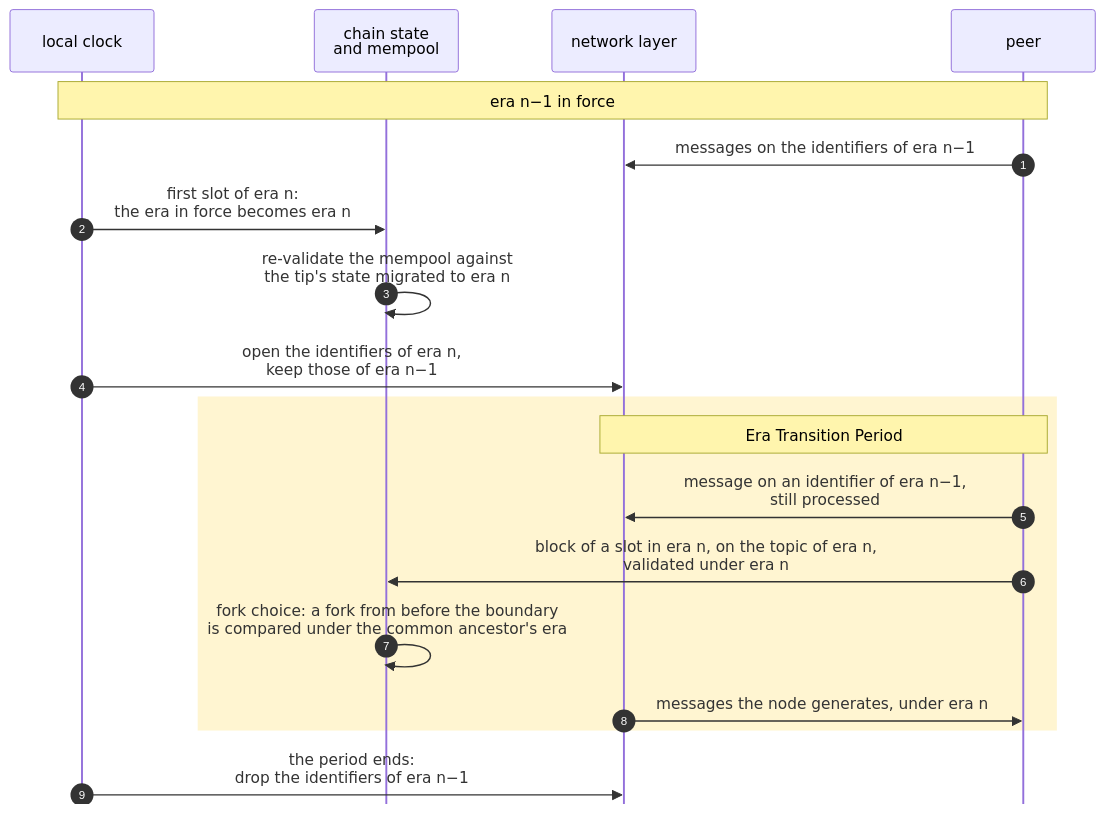
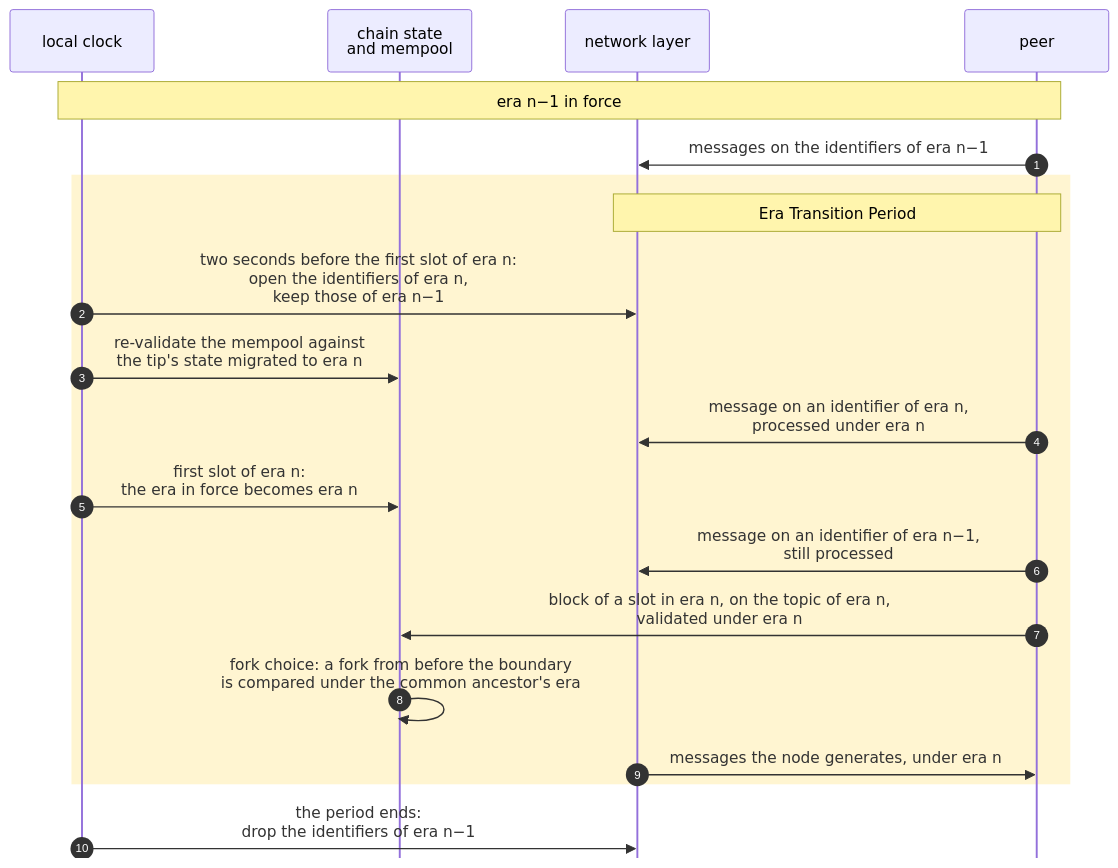
The seventh of 7 diagrams in docs/blockchain/raw/bedrock-eras.md (logos-co/logos-lips), drawn with Mermaid before and after one commit. The commit also changed other lines of this file and 1 other file, not shown here.

Commit message:
docs(blockchain): open the next era and Blend epoch a two-second clock slack before they begin

````diff
--- a/docs/blockchain/raw/bedrock-eras.md
+++ b/docs/blockchain/raw/bedrock-eras.md
@@ -285,26 +289,27 @@
 ```mermaid
 ---
 config:
   sequence:
     mirrorActors: false
 ---
 sequenceDiagram
     autonumber
     participant C as local clock
     participant S as chain state<br/>and mempool
     participant N as network layer
     participant P as peer
     Note over C,P: era n−1 in force
     P->>N: messages on the identifiers of era n−1
-    C->>S: first slot of era n:<br/>the era in force becomes era n
-    S->>S: re-validate the mempool against<br/>the tip's state migrated to era n
-    C->>N: open the identifiers of era n,<br/>keep those of era n−1
     rect rgba(255, 200, 0, 0.18)
         Note over N,P: Era Transition Period
+        C->>N: two seconds before the first slot of era n:<br/>open the identifiers of era n,<br/>keep those of era n−1
+        C->>S: re-validate the mempool against<br/>the tip's state migrated to era n
+        P->>N: message on an identifier of era n,<br/>processed under era n
+        C->>S: first slot of era n:<br/>the era in force becomes era n
         P->>N: message on an identifier of era n−1,<br/>still processed
         P->>S: block of a slot in era n, on the topic of era n,<br/>validated under era n
         S->>S: fork choice: a fork from before the boundary<br/>is compared under the common ancestor's era
         N->>P: messages the node generates, under era n
     end
     C->>N: the period ends:<br/>drop the identifiers of era n−1
 ```
````
